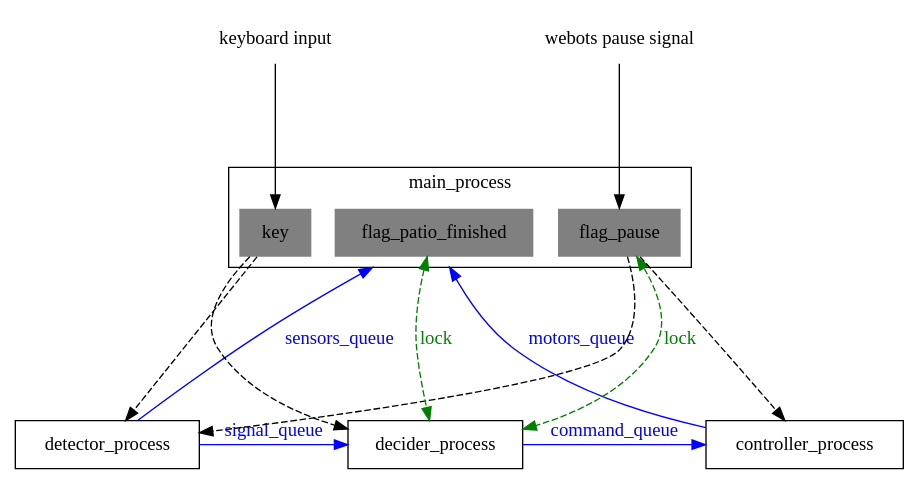
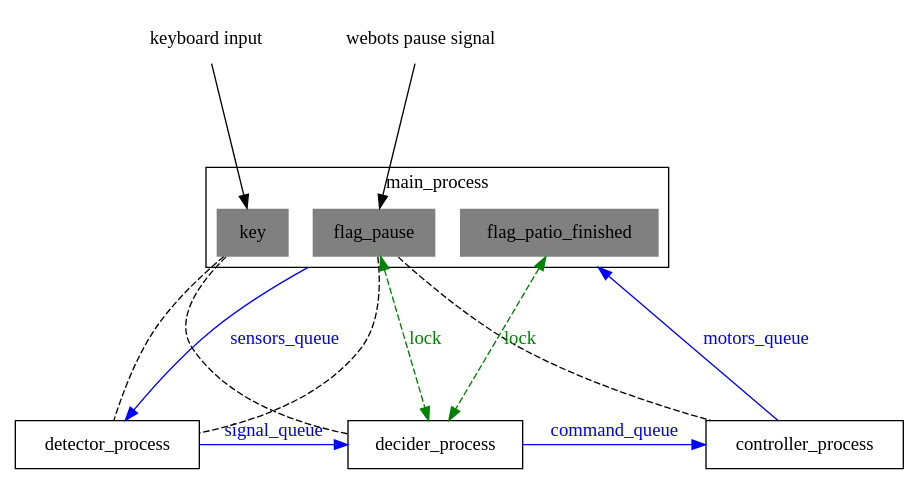
The diagram in doc/system.dot (TDPS-Mihotel/Mihotel), drawn with Graphviz before and after one commit. The commit also changed 1 other file, not shown here.

```diff
--- a/doc/system.dot
+++ b/doc/system.dot
@@ -1,25 +1,25 @@
 digraph G{
     compound=true
     node [shape=box]
     ranksep=1.5
     "keyboard input" [shape=none]
     "webots pause signal" [shape=none]
     {rank=same detector_process decider_process controller_process}
     detector_process -> decider_process [label="signal_queue" color=blue fontcolor=blue]
     decider_process -> controller_process [label="command_queue" color=blue fontcolor=blue]
     subgraph cluster0 {
         label=main_process
         node [shape=none; fillcolor=grey; style=filled]
         flag_pause
         flag_patio_finished
         key
     }
-    flag_pause -> {detector_process controller_process} [style=dashed]
+    flag_pause -> {detector_process controller_process} [style=dashed arrowhead=none]
     flag_pause -> decider_process [label="lock" dir=both style=dashed color=green fontcolor=green]
     flag_patio_finished -> decider_process [label="lock" dir=both style=dashed color=green fontcolor=green]
-    key -> {detector_process, decider_process} [style=dashed]
+    key -> {detector_process, decider_process} [style=dashed arrowhead=none]
     "webots pause signal" -> flag_pause
     "keyboard input" -> key
-    detector_process -> flag_patio_finished [label="sensors_queue" lhead=cluster0 color=blue fontcolor=blue]
+    flag_pause -> detector_process [label="sensors_queue" ltail=cluster0 color=blue fontcolor=blue]
     controller_process -> flag_patio_finished [label="motors_queue" lhead=cluster0 color=blue fontcolor=blue]
 }
```
